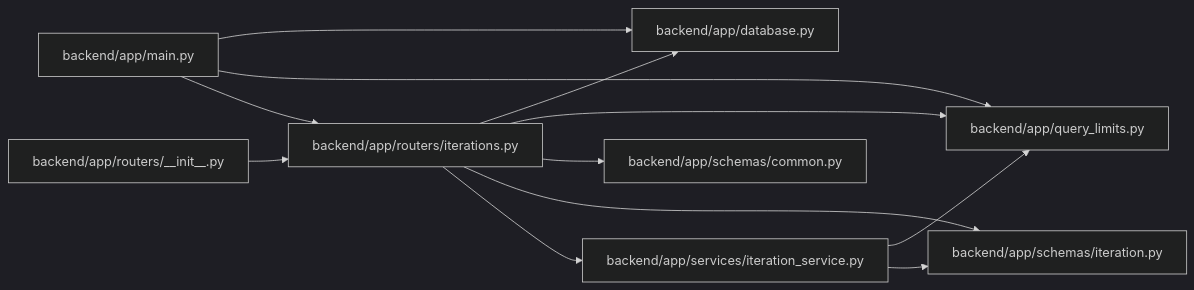
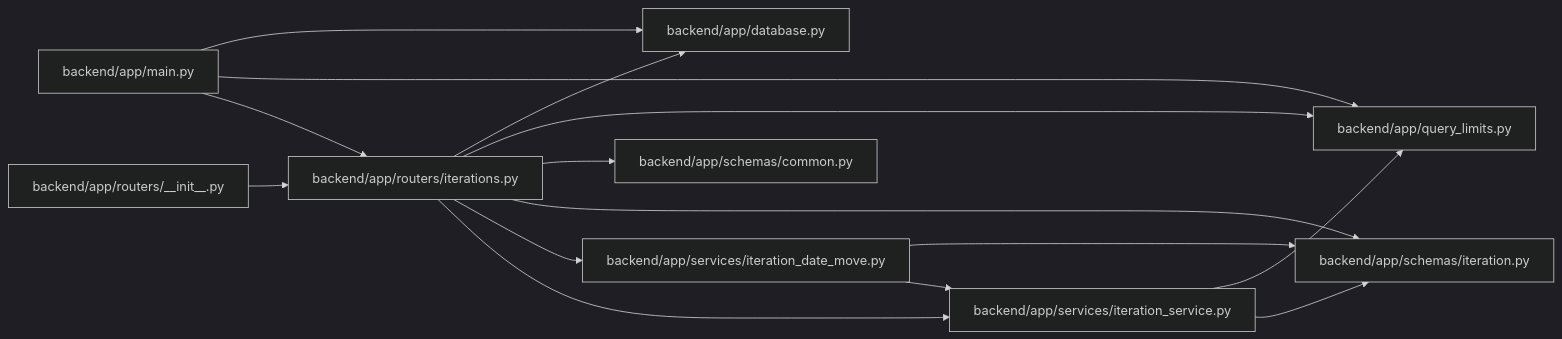
Before and after one commit to Denissvgn/WorkChord: the diagram in docs/llm_wiki/modules/iterations.md, drawn with Mermaid (dark theme). The commit also changed other lines of this file and 1817 other files, not shown here.

First line of the commit message:
Refresh the architectural wiki for the 1.9.0 changes

````diff
--- a/docs/llm_wiki/modules/iterations.md
+++ b/docs/llm_wiki/modules/iterations.md
@@ -26,30 +27,35 @@
 ```mermaid
 flowchart LR
     n0["backend/app/database.py"]
     n1["backend/app/main.py"]
     n2["backend/app/query_limits.py"]
     n3["backend/app/routers/__init__.py"]
     n4["backend/app/routers/iterations.py"]
     n5["backend/app/schemas/common.py"]
     n6["backend/app/schemas/iteration.py"]
-    n7["backend/app/services/iteration_service.py"]
+    n7["backend/app/services/iteration_date_move.py"]
+    n8["backend/app/services/iteration_service.py"]
     n1 --> n0
     n1 --> n2
     n1 --> n4
     n3 --> n4
     n4 --> n0
     n4 --> n2
     n4 --> n5
     n4 --> n6
     n4 --> n7
-    n7 --> n2
+    n4 --> n8
     n7 --> n6
+    n7 --> n8
+    n8 --> n2
+    n8 --> n6
     click n0 "../modules/app_database.md"
     click n1 "../modules/app_main.md"
     click n2 "../modules/query_limits.md"
     click n3 "../modules/routers___init__.md"
     click n4 "../modules/iterations.md"
     click n5 "../modules/schemas_common.md"
     click n6 "../modules/schemas_iteration.md"
-    click n7 "../modules/iteration_service.md"
+    click n7 "../modules/iteration_date_move.md"
+    click n8 "../modules/iteration_service.md"
 ```
````
